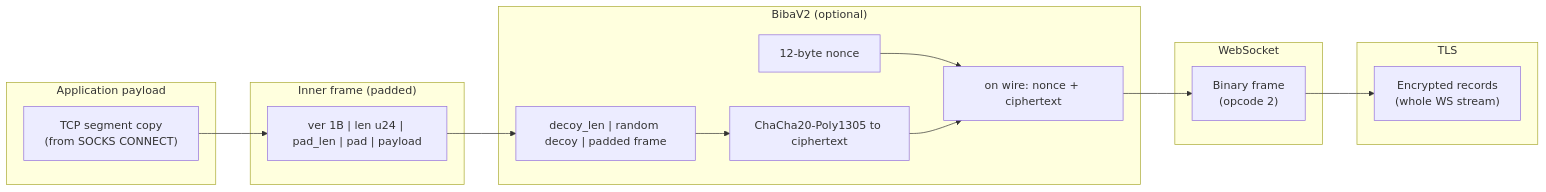
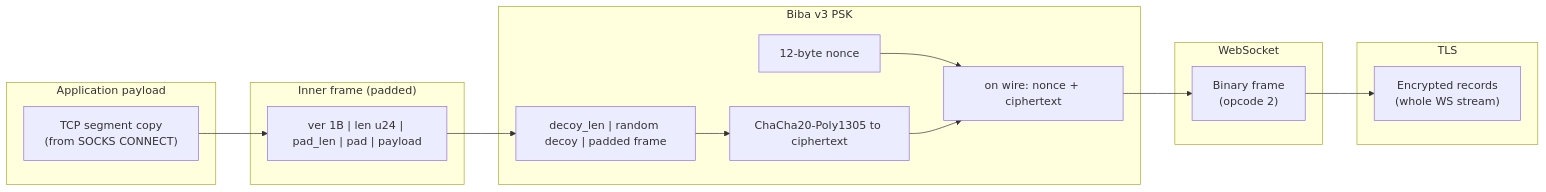
The first of 3 diagrams in PROTOCOL.md (Eljaja/BibaVPN), drawn with Mermaid before and after one commit. The commit also changed other lines of this file and 2 other files, not shown here.

````diff
--- a/PROTOCOL.md
+++ b/PROTOCOL.md
@@ -27,33 +27,33 @@
 ```mermaid
 flowchart LR
   subgraph L7["Application payload"]
     P["TCP segment copy\n(from SOCKS CONNECT)"]
   end
 
   subgraph L6["Inner frame (padded)"]
     F["ver 1B | len u24 | pad_len | pad | payload"]
   end
 
-  subgraph L5["BibaV2 (optional)"]
+  subgraph L5["Biba v3 PSK"]
     V2["decoy_len | random decoy | padded frame"]
     AEAD["ChaCha20-Poly1305 to ciphertext"]
     NONCE["12-byte nonce"]
     W2["on wire: nonce + ciphertext"]
   end
 
   subgraph L4["WebSocket"]
     WS["Binary frame\n(opcode 2)"]
   end
 
   subgraph L3["TLS"]
     TLS["Encrypted records\n(whole WS stream)"]
   end
 
   P --> F
   F --> V2
   V2 --> AEAD
   NONCE --> W2
   AEAD --> W2
   W2 --> WS
   WS --> TLS
 ```
````
